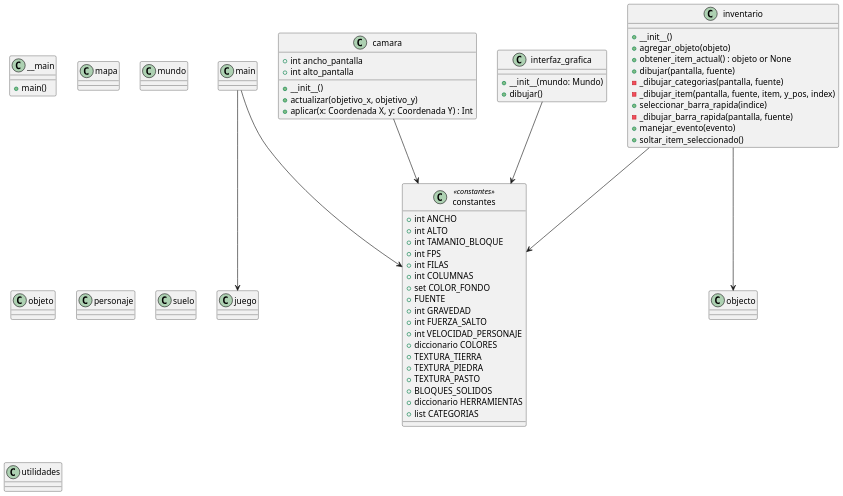
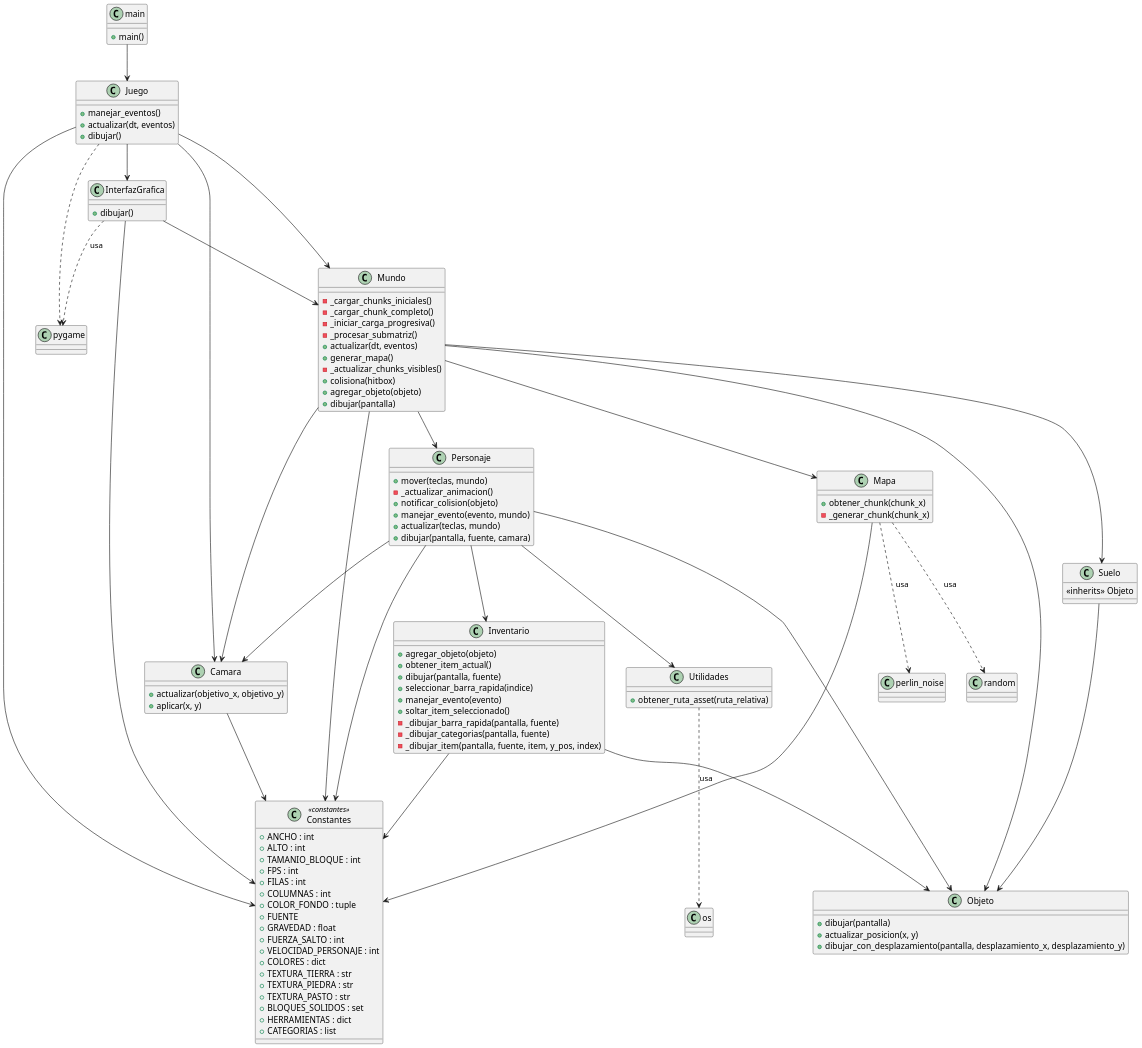
One commit to JosiasTomasnanez/SatisPlanning-game changed the diagram in doc/clase.puml. Above: the diagram before and after it, drawn with PlantUML.

Commit message:
completo diagrama clases

```diff
--- a/doc/clase.puml
+++ b/doc/clase.puml
@@ -1,77 +1,229 @@
 @startuml Juego
 scale 1.5
-' Pagina de plantuml: https://plantuml.com/es/class-diagram
-'scale 1.5 | scale 200 width | scale 100 height | scale [max] 200x100
-main --> juego
-main --> constantes
-camara --> constantes
-interfaz_grafica --> constantes
-inventario --> objecto
-inventario --> constantes
 
-class __main{
-    + main()
+' Relaciones generales entre las clases principales
+main --> Juego  
+' La clase principal que inicia el juego
+Juego --> Mundo  
+' El juego contiene el mundo donde se desarrolla la lógica principal
+Juego --> InterfazGrafica  
+' El juego utiliza la interfaz gráfica para dibujar elementos
+Juego --> Camara  
+' La cámara se usa para manejar el desplazamiento y el enfoque
+Juego ..> pygame    
+' Usa dependencia externa de pygame
+Juego --> Constantes  
+' Usa constantes globales para configuraciones
+
+' Relaciones dentro del mundo del juego
+Mundo --> Mapa  
+' El mundo utiliza el mapa para generar y gestionar los chunks
+Mundo --> Personaje  
+' El personaje principal está contenido en el mundo
+Mundo --> Suelo  
+' El suelo es parte del mundo y se utiliza para colisiones
+Mundo --> Camara  
+' La cámara se usa para ajustar la vista del mundo
+Mundo --> Constantes  
+' Usa constantes globales
+Mundo --> Objeto  
+' Los objetos son elementos interactivos del mundo
+
+' Relaciones del mapa
+Mapa --> Constantes  
+' Usa constantes para generar el terreno
+Mapa ..> perlin_noise : usa  
+' Dependencia externa para generar ruido Perlin
+Mapa ..> random : usa  
+' Dependencia externa para generar valores aleatorios
+
+' Relaciones del personaje
+Personaje --> Objeto  
+' El personaje hereda de la clase Objeto
+Personaje --> Inventario  
+' El personaje tiene un inventario
+Personaje --> Camara  
+' Usa la cámara para ajustar su posición en pantalla
+Personaje --> Constantes  
+' Usa constantes para configuraciones como velocidad y gravedad
+Personaje --> Utilidades  
+' Utiliza funciones auxiliares como obtener rutas de assets
+
+' Relaciones del inventario
+Inventario --> Objeto  
+' El inventario contiene objetos
+Inventario --> Constantes  
+' Usa constantes para configuraciones visuales
+
+' Relaciones del suelo
+Suelo --> Objeto  
+' El suelo hereda de la clase Objeto
+
+' Relaciones de la interfaz gráfica
+InterfazGrafica --> Mundo  
+' La interfaz gráfica dibuja el mundo
+InterfazGrafica --> Constantes  
+' Usa constantes para configuraciones visuales
+InterfazGrafica ..> pygame : usa  
+' Dependencia externa de pygame
+
+' Relaciones de la cámara
+Camara --> Constantes  
+' Usa constantes para configuraciones de pantalla
+
+' Relaciones de utilidades
+Utilidades ..> os : usa  
+' Dependencia externa para manejar rutas de archivos
+
+' Clases principales con sus métodos y atributos
+class main {
+    ' Punto de entrada del programa
+    + main()  
 }
 
-class camara{
-    + int ancho_pantalla
-    + int alto_pantalla
-    + __init__()
-    + actualizar(objetivo_x, objetivo_y)
-    + aplicar(x: Coordenada X, y: Coordenada Y) : Int
+class Juego {
+    ' Maneja los eventos del juego
+    + manejar_eventos()
+    ' Actualiza el estado del juego
+    + actualizar(dt, eventos)
+    ' Dibuja los elementos del juego
+    + dibujar()  
 }
 
-class constantes <<constantes>>{
-    + int ANCHO
-    + int ALTO
-    + int TAMANIO_BLOQUE
-    + int FPS
-    + int FILAS
-    + int COLUMNAS
-    + set COLOR_FONDO
-    + FUENTE
-    + int GRAVEDAD
-    + int FUERZA_SALTO
-    + int VELOCIDAD_PERSONAJE
-    + diccionario COLORES
-    + TEXTURA_TIERRA
-    + TEXTURA_PIEDRA
-    + TEXTURA_PASTO
-    + BLOQUES_SOLIDOS
-    + diccionario HERRAMIENTAS
-    + list CATEGORIAS
+class Mundo {
+    ' Carga los chunks iniciales del mapa
+    - _cargar_chunks_iniciales()
+    ' Carga un chunk completo  
+    - _cargar_chunk_completo()
+    ' Inicia la carga progresiva de chunks
+    - _iniciar_carga_progresiva()
+    ' Procesa una submatriz de un chunk  
+    - _procesar_submatriz()
+    ' Actualiza el estado del mundo  
+    + actualizar(dt, eventos)
+    ' Genera el mapa visible
+    + generar_mapa()  
+    ' Actualiza los chunks visibles
+    - _actualizar_chunks_visibles()  
+    ' Verifica colisiones con objetos
+    + colisiona(hitbox)  
+    ' Agrega un objeto al mundo
+    + agregar_objeto(objeto)  
+    ' Dibuja el mundo en la pantalla
+    + dibujar(pantalla)  
 }
 
-class interfaz_grafica{
-    + __init__(mundo: Mundo)
-    + dibujar()
+class Mapa {
+    ' Obtiene un chunk basado en su posición
+    + obtener_chunk(chunk_x)  
+    ' Genera un nuevo chunk
+    - _generar_chunk(chunk_x)  
 }
 
-class inventario{
-    + __init__()
-    + agregar_objeto(objeto)
-    + obtener_item_actual() : objeto or None
-    + dibujar(pantalla, fuente)
-    - _dibujar_categorias(pantalla, fuente)
-    - _dibujar_item(pantalla, fuente, item, y_pos, index)
-    + seleccionar_barra_rapida(indice)
-    - _dibujar_barra_rapida(pantalla, fuente)
-    + manejar_evento(evento)
-    + soltar_item_seleccionado()
+class Personaje {
+    ' Maneja el movimiento del personaje
+    + mover(teclas, mundo)  
+    ' Actualiza la animación del personaje
+    - _actualizar_animacion() 
+    ' Notifica colisiones con otros objetos
+    + notificar_colision(objeto)  
+    ' Maneja eventos relacionados con el personaje
+    + manejar_evento(evento, mundo)  
+    ' Actualiza el estado del personaje
+    + actualizar(teclas, mundo)  
+    ' Dibuja el personaje en pantalla
+    + dibujar(pantalla, fuente, camara)  
 }
 
-class juego{}
+class Inventario {
+    ' Agrega un objeto al inventario
+    + agregar_objeto(objeto)  
+    ' Obtiene el objeto actualmente seleccionado
+    + obtener_item_actual()  
+    ' Dibuja el inventario en pantalla
+    + dibujar(pantalla, fuente)  
+    ' Selecciona un elemento de la barra rápida
+    + seleccionar_barra_rapida(indice)  
+    ' Maneja eventos relacionados con el inventario
+    + manejar_evento(evento)  
+    ' Suelta el objeto seleccionado
+    + soltar_item_seleccionado()  
+    ' Dibuja la barra rápida
+    - _dibujar_barra_rapida(pantalla, fuente)  
+    ' Dibuja las categorías del inventario
+    - _dibujar_categorias(pantalla, fuente)  
+    ' Dibuja un item individual
+    - _dibujar_item(pantalla, fuente, item, y_pos, index)  
+}
 
-class mapa{}
+class Suelo {
+    <<inherits>> Objeto  
+    ' Hereda de la clase Objeto
+}
 
-class mundo{}
+class Objeto {
+    ' Dibuja el objeto en pantalla
+    + dibujar(pantalla)  
+    ' Actualiza la posición del objeto
+    + actualizar_posicion(x, y)  
+    ' Dibuja el objeto con desplazamiento
+    + dibujar_con_desplazamiento(pantalla, desplazamiento_x, desplazamiento_y)  
+}
 
-class objeto{}
+class InterfazGrafica {
+    ' Dibuja los elementos gráficos en pantalla
+    + dibujar()  
+}
 
-class personaje{}
+class Camara {
+    ' Actualiza el desplazamiento de la cámara
+    + actualizar(objetivo_x, objetivo_y)  
+    ' Aplica el desplazamiento de la cámara a una posición
+    + aplicar(x, y)  
+}
 
-class suelo{}
+class Utilidades {
+    ' Obtiene la ruta absoluta de un asset
+    + obtener_ruta_asset(ruta_relativa)  
+}
 
-class utilidades{}
+class Constantes <<constantes>> {
+    ' Ancho de la pantalla
+    + ANCHO : int  
+    ' Alto de la pantalla
+    + ALTO : int  
+    ' Tamaño de cada bloque
+    + TAMANIO_BLOQUE : int  
+    ' Cuadros por segundo
+    + FPS : int  
+    ' Número de filas en el mapa
+    + FILAS : int  
+    ' Número de columnas en el mapa
+    + COLUMNAS : int  
+    ' Color de fondo de la pantalla
+    + COLOR_FONDO : tuple  
+    ' Fuente para renderizar texto
+    + FUENTE  
+    ' Valor de la gravedad
+    + GRAVEDAD : float  
+    ' Fuerza del salto del personaje
+    + FUERZA_SALTO : int  
+    ' Velocidad del personaje
+    + VELOCIDAD_PERSONAJE : int 
+     ' Colores de los bloques
+    + COLORES : dict  
+    ' Ruta de la textura de tierra
+    + TEXTURA_TIERRA : str  
+    ' Ruta de la textura de piedra
+    + TEXTURA_PIEDRA : str  
+    ' Ruta de la textura de pasto
+    + TEXTURA_PASTO : str  
+    ' Tipos de bloques sólidos
+    + BLOQUES_SOLIDOS : set  
+    ' Configuración de herramientas
+    + HERRAMIENTAS : dict  
+    ' Categorías del inventario
+    + CATEGORIAS : list  
+}
 
 @enduml
```
